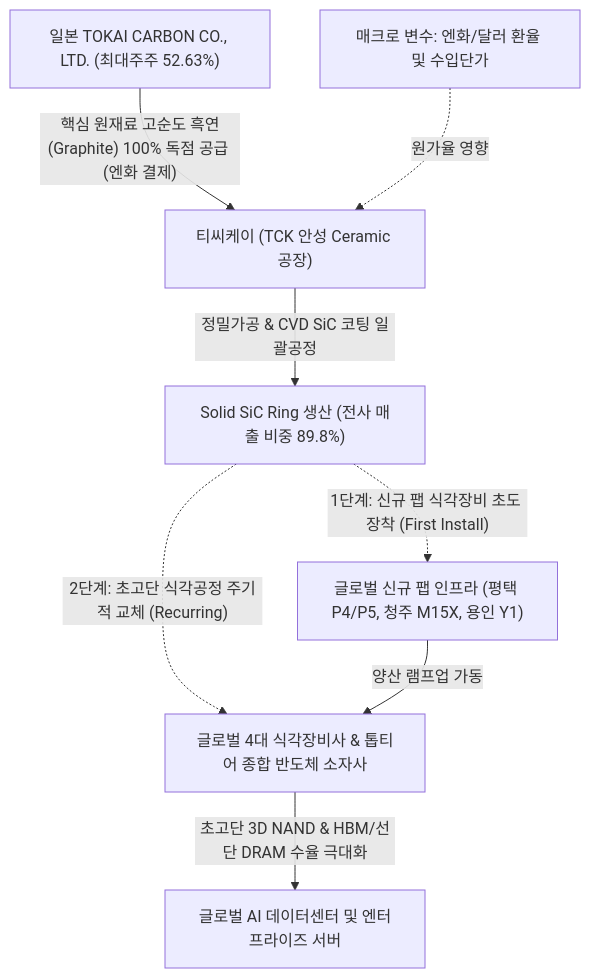
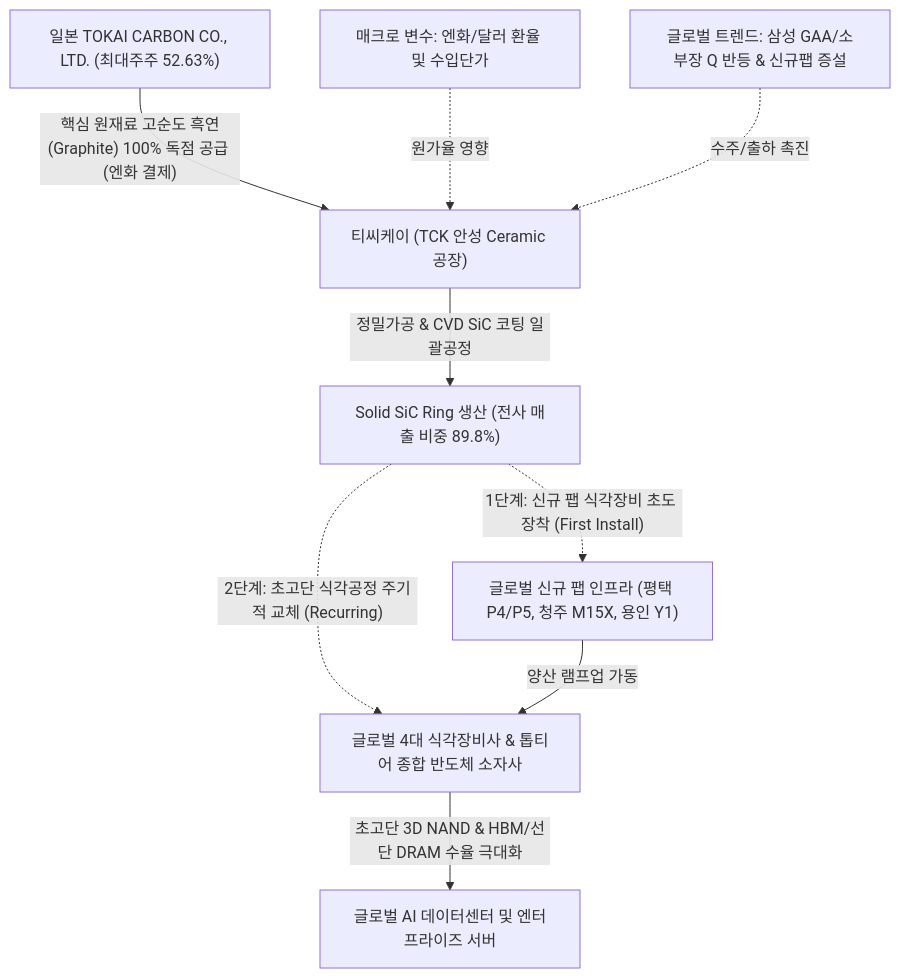
Before and after one commit to eve830521-cmd/my-skill: the diagram in Stock_Research/티씨케이/3_Final_Reports/Phase1_Report.md, drawn with Mermaid. The commit also changed other lines of this file and 96 other files, not shown here.

````diff
--- a/Stock_Research/티씨케이/3_Final_Reports/Phase1_Report.md
+++ b/Stock_Research/티씨케이/3_Final_Reports/Phase1_Report.md
@@ -30,10 +39,11 @@
 ```mermaid
 graph TD
     A["일본 TOKAI CARBON CO., LTD. (최대주주 52.63%)"] -->|"핵심 원재료 고순도 흑연(Graphite) 100% 독점 공급 (엔화 결제)"| B["티씨케이 (TCK 안성 Ceramic 공장)"]
     M1["매크로 변수: 엔화/달러 환율 및 수입단가"] -.->|"원가율 영향"| B
+    M2["글로벌 트렌드: 삼성 GAA/소부장 Q 반등 & 신규팹 증설"] -.->|"수주/출하 촉진"| B
     B -->|"정밀가공 & CVD SiC 코팅 일괄공정"| C["Solid SiC Ring 생산 (전사 매출 비중 89.8%)"]
     C -. "1단계: 신규 팹 식각장비 초도 장착 (First Install)" .-> D["글로벌 신규 팹 인프라 (평택 P4/P5, 청주 M15X, 용인 Y1)"]
     C -. "2단계: 초고단 식각공정 주기적 교체 (Recurring)" .-> E["글로벌 4대 식각장비사 & 톱티어 종합 반도체 소자사"]
     D -->|"양산 램프업 가동"| E
     E -->|"초고단 3D NAND & HBM/선단 DRAM 수율 극대화"| F["글로벌 AI 데이터센터 및 엔터프라이즈 서버"]
 ```
````
